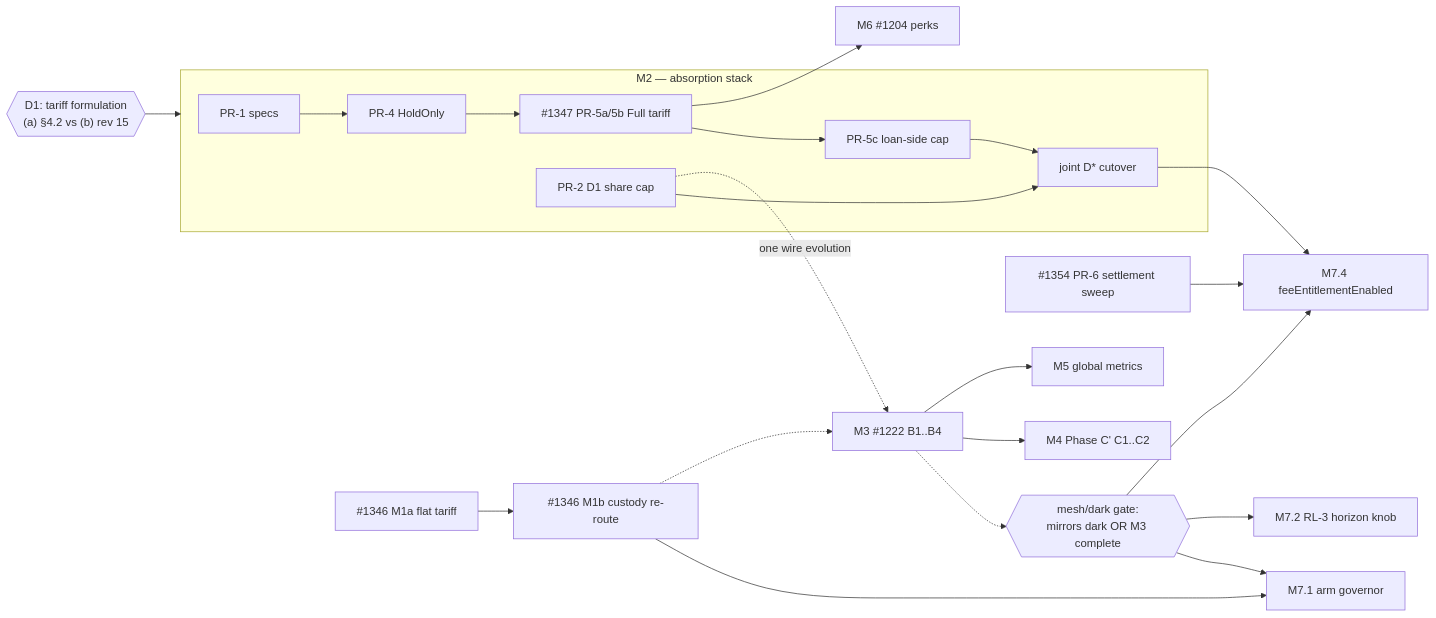
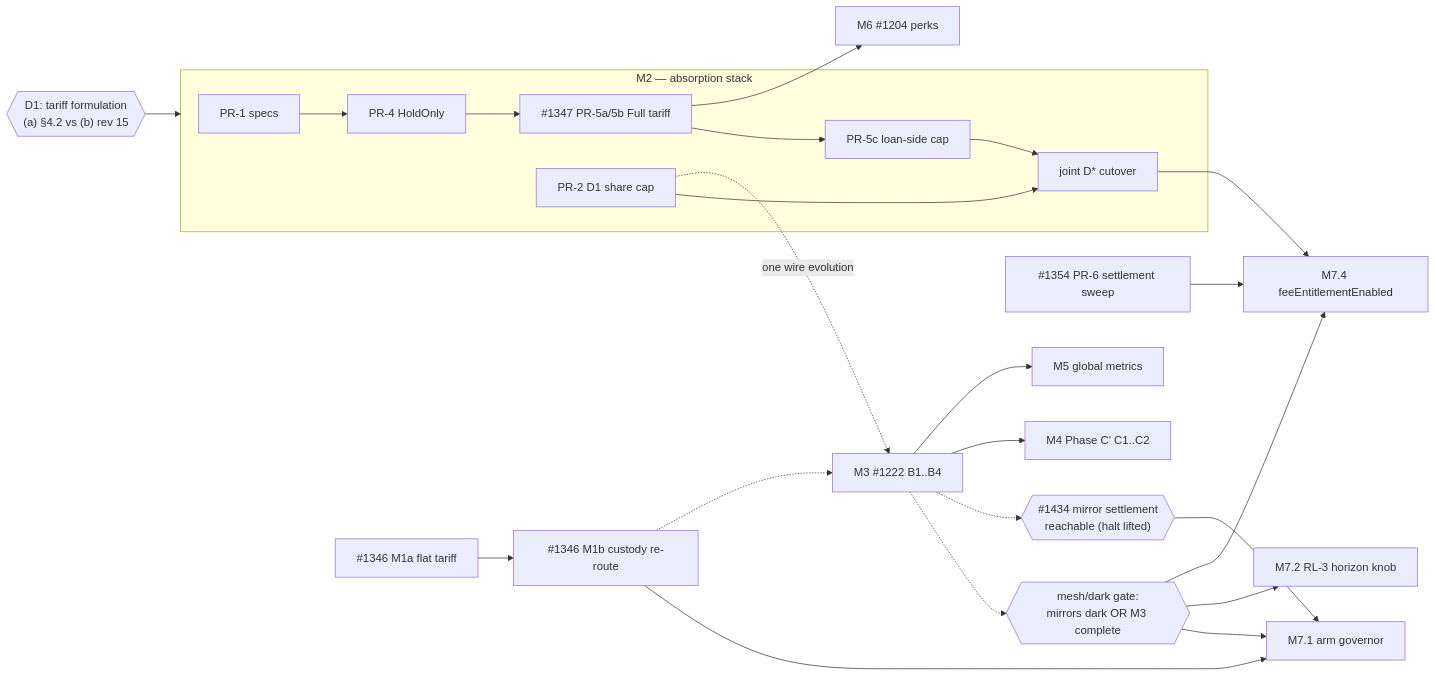
One commit to vaipakam/vaipakam changed the diagram in docs/DesignsAndPlans/VpfiRecyclingCompletionPlan.md. Above: the diagram before and after it, drawn with Mermaid. The commit also changed other lines of this file and 2 other files, not shown here.

````diff
--- a/docs/DesignsAndPlans/VpfiRecyclingCompletionPlan.md
+++ b/docs/DesignsAndPlans/VpfiRecyclingCompletionPlan.md
@@ -617,24 +639,26 @@
 ```mermaid
 flowchart LR
   D1{{"D1: tariff formulation<br/>(a) §4.2 vs (b) rev 15"}} --> M2
   M1a[#1346 M1a flat tariff] --> M1b[#1346 M1b custody re-route]
   M1b --> ARM[M7.1 arm governor]
   GATE{{"mesh/dark gate:<br/>mirrors dark OR M3 complete"}} --> ARM
   M3 -.-> GATE
+  M3 -.-> SETTLE{{"#1434 mirror settlement<br/>reachable (halt lifted)"}}
+  SETTLE --> ARM
   GATE --> RL3KNOB[M7.2 RL-3 horizon knob]
   subgraph M2 [M2 — absorption stack]
     PR1[PR-1 specs] --> PR4[PR-4 HoldOnly]
     PR4 --> PR5[#1347 PR-5a/5b Full tariff]
     PR5 --> PR5c[PR-5c loan-side cap]
     PR2[PR-2 D1 share cap] --> DSTAR[joint D* cutover]
     PR5c --> DSTAR
   end
   DSTAR --> FEE[M7.4 feeEntitlementEnabled]
   PR6[#1354 PR-6 settlement sweep] --> FEE
   GATE --> FEE
   PR2 -. one wire evolution .-> M3[M3 #1222 B1..B4]
   M1b -.-> M3
   M3 --> M4[M4 Phase C' C1..C2]
   M3 --> M5g[M5 global metrics]
   PR5 --> E2[M6 #1204 perks]
 ```
````
